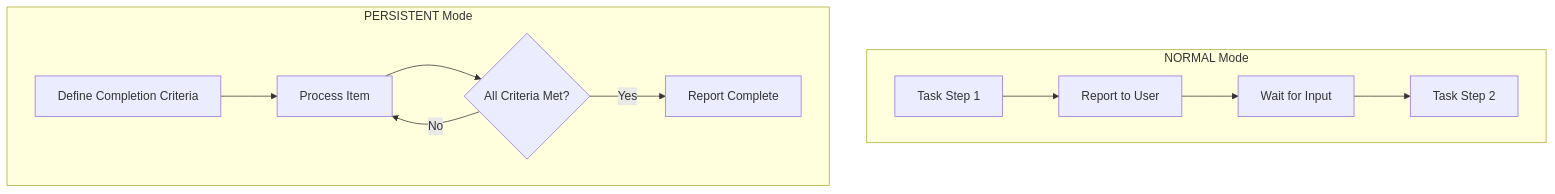
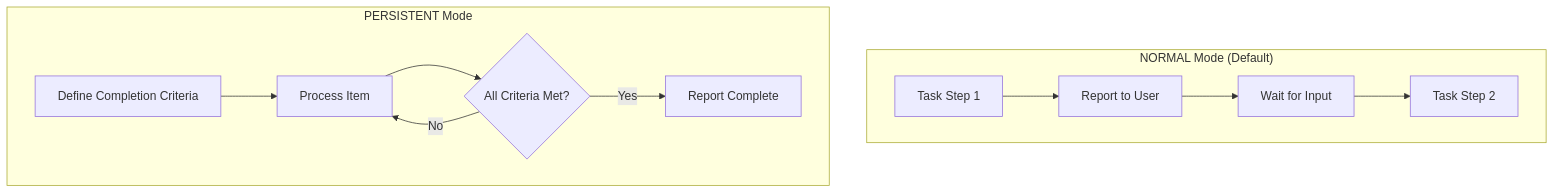
The eighth of 9 diagrams in README.md (MikahNiehaus/ClaudeMemory), drawn with Mermaid before and after one commit. The commit also changed other lines of this file and 1 other file, not shown here.

````diff
--- a/README.md
+++ b/README.md
@@ -217,15 +315,15 @@
 ```mermaid
 flowchart TB
-    subgraph Normal["NORMAL Mode"]
+    subgraph Normal["NORMAL Mode (Default)"]
         N1[Task Step 1] --> N2[Report to User]
         N2 --> N3[Wait for Input]
         N3 --> N4[Task Step 2]
     end
 
     subgraph Persistent["PERSISTENT Mode"]
         P1[Define Completion Criteria] --> P2[Process Item]
         P2 --> P3{All Criteria Met?}
         P3 --> |No| P2
         P3 --> |Yes| P4[Report Complete]
     end
 ```
````
